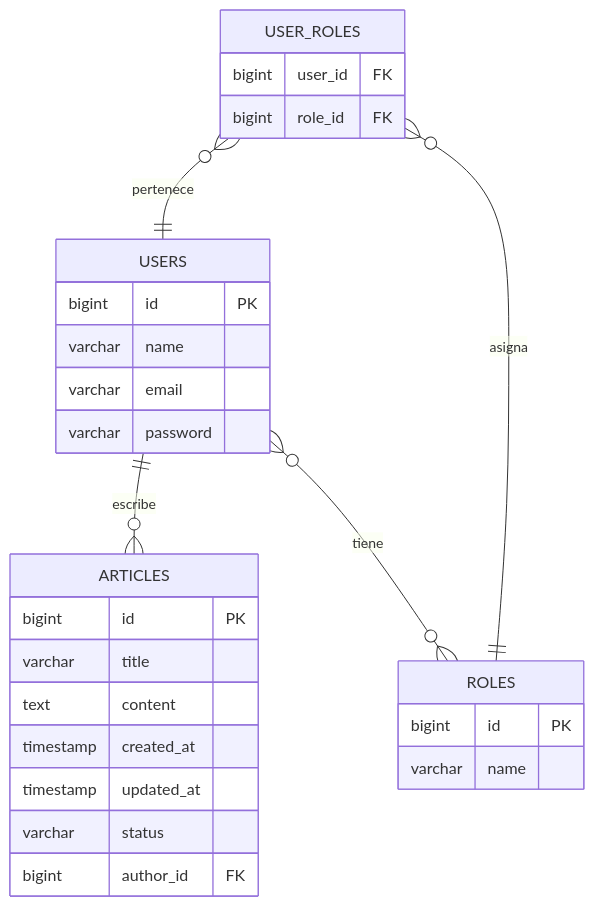
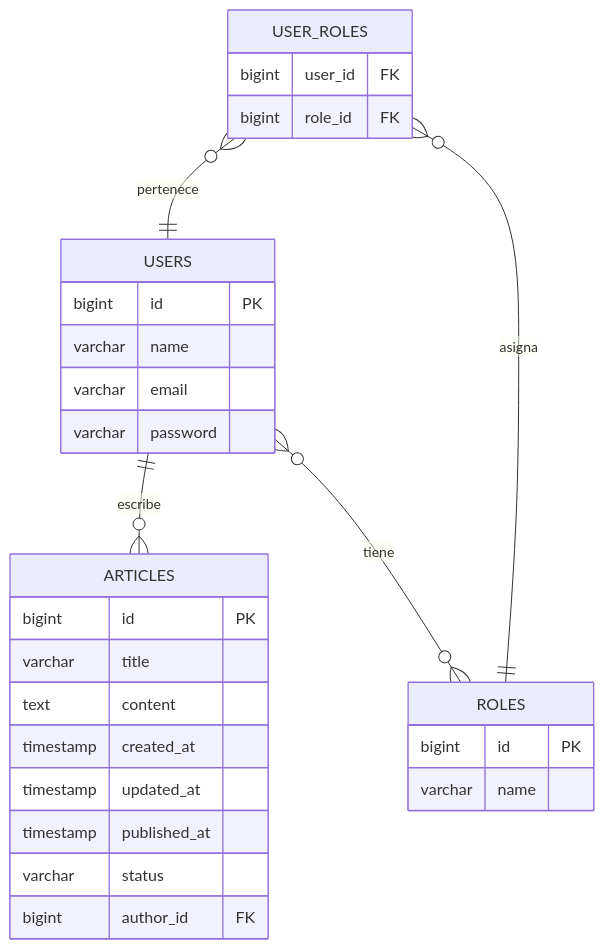
The first of 2 diagrams in README.md (mundotechteam1/mundotech), drawn with Mermaid before and after one commit. The commit also changed other lines of this file, not shown here.

Commit message:
docs: update readme with team, install steps, published_at and ServiceImpl files

````diff
--- a/README.md
+++ b/README.md
@@ -21,34 +21,35 @@
 ```mermaid
 erDiagram
     USERS {
         bigint id PK
         varchar name
         varchar email
         varchar password
     }
 
     ROLES {
         bigint id PK
         varchar name
     }
 
     ARTICLES {
         bigint id PK
         varchar title
         text content
         timestamp created_at
         timestamp updated_at
+        timestamp published_at
         varchar status
         bigint author_id FK
     }
 
     USER_ROLES {
         bigint user_id FK
         bigint role_id FK
     }
 
     USERS ||--o{ ARTICLES : "escribe"
     USERS }o--o{ ROLES : "tiene"
     USER_ROLES }o--|| USERS : "pertenece"
     USER_ROLES }o--|| ROLES : "asigna"
 ```
````
